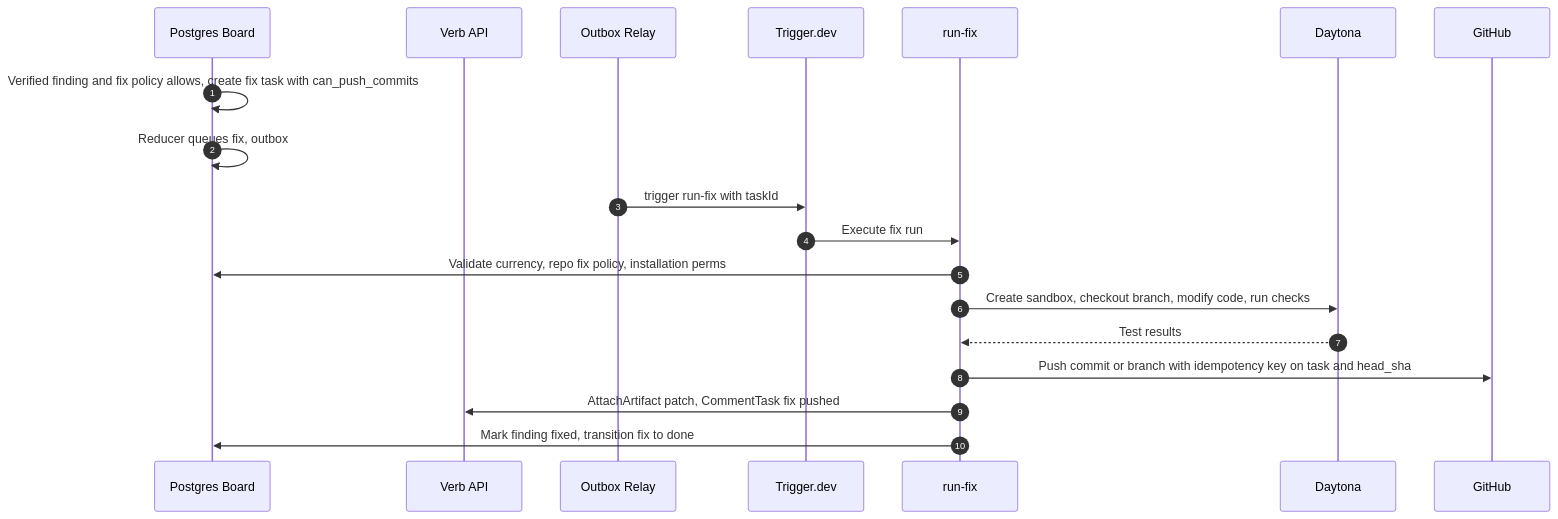
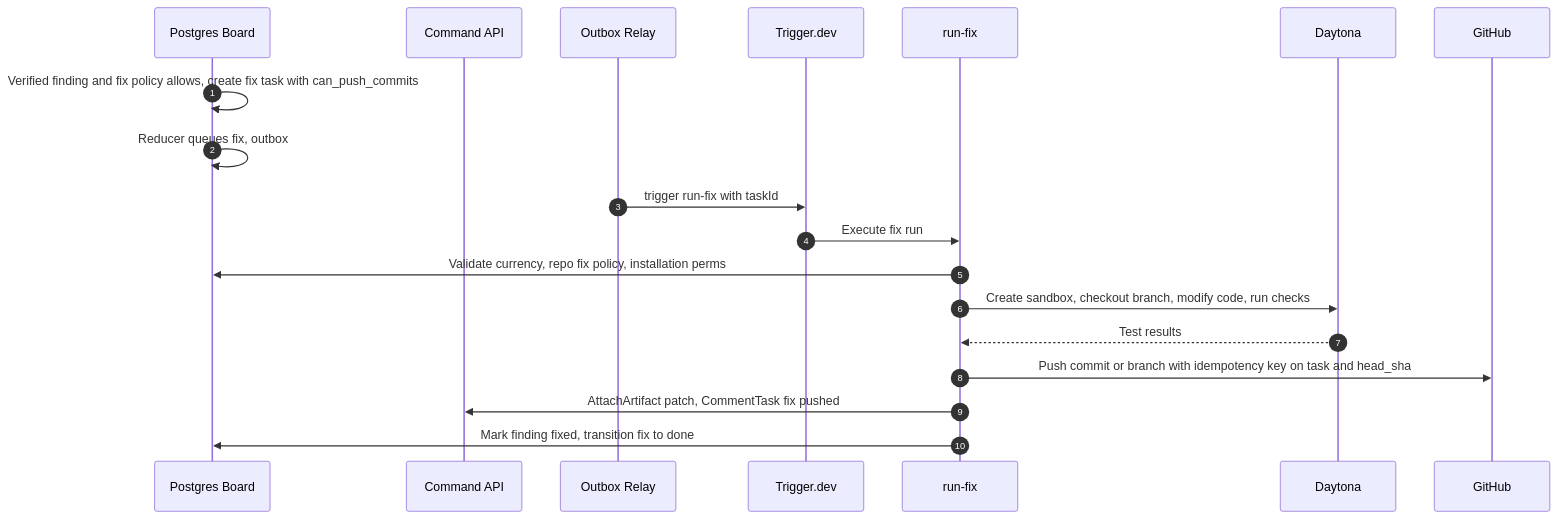
Before and after one commit to keon/jina-context-wiki-e2e-20260808: the seventh of 9 diagrams in docs/SEQUENCE_DIAGRAM.md, drawn with Mermaid. The commit also changed other lines of this file and 61 other files, not shown here.

````diff
--- a/docs/SEQUENCE_DIAGRAM.md
+++ b/docs/SEQUENCE_DIAGRAM.md
@@ -211,21 +213,21 @@
 ```mermaid
 sequenceDiagram
     autonumber
     participant Board as Postgres Board
-    participant API as Verb API
+    participant API as Command API
     participant Relay as Outbox Relay
     participant Trigger as Trigger.dev
     participant Fixer as run-fix
     participant Daytona
     participant GitHub
     Board->>Board: Verified finding and fix policy allows, create fix task with can_push_commits
     Board->>Board: Reducer queues fix, outbox
     Relay->>Trigger: trigger run-fix with taskId
     Trigger->>Fixer: Execute fix run
     Fixer->>Board: Validate currency, repo fix policy, installation perms
     Fixer->>Daytona: Create sandbox, checkout branch, modify code, run checks
     Daytona-->>Fixer: Test results
     Fixer->>GitHub: Push commit or branch with idempotency key on task and head_sha
     Fixer->>API: AttachArtifact patch, CommentTask fix pushed
     Fixer->>Board: Mark finding fixed, transition fix to done
 ```
````
